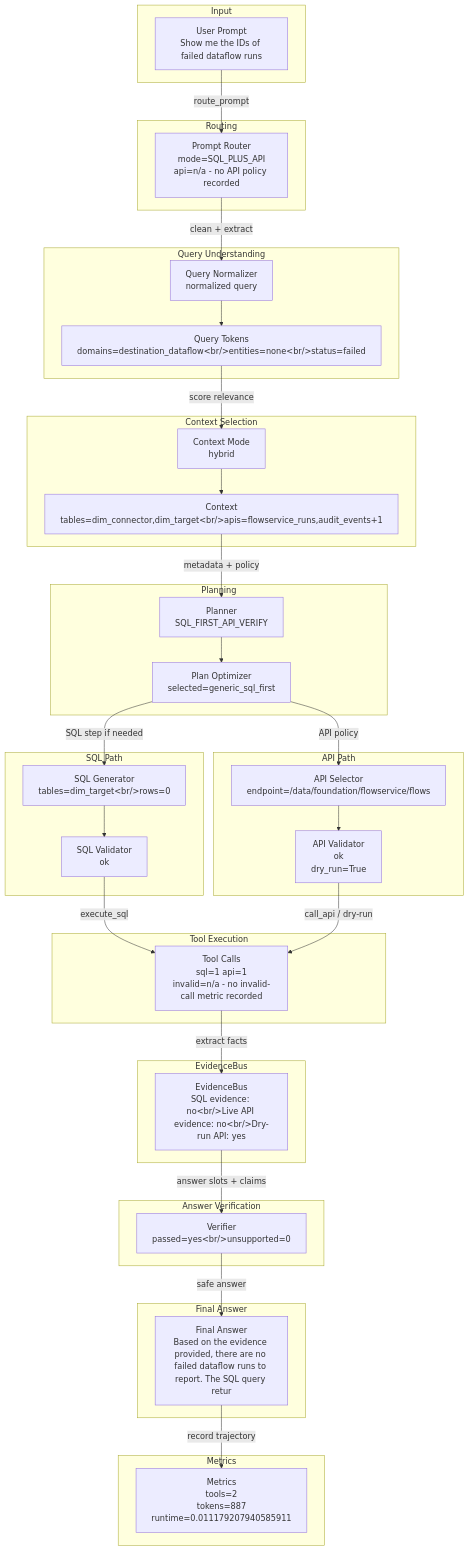
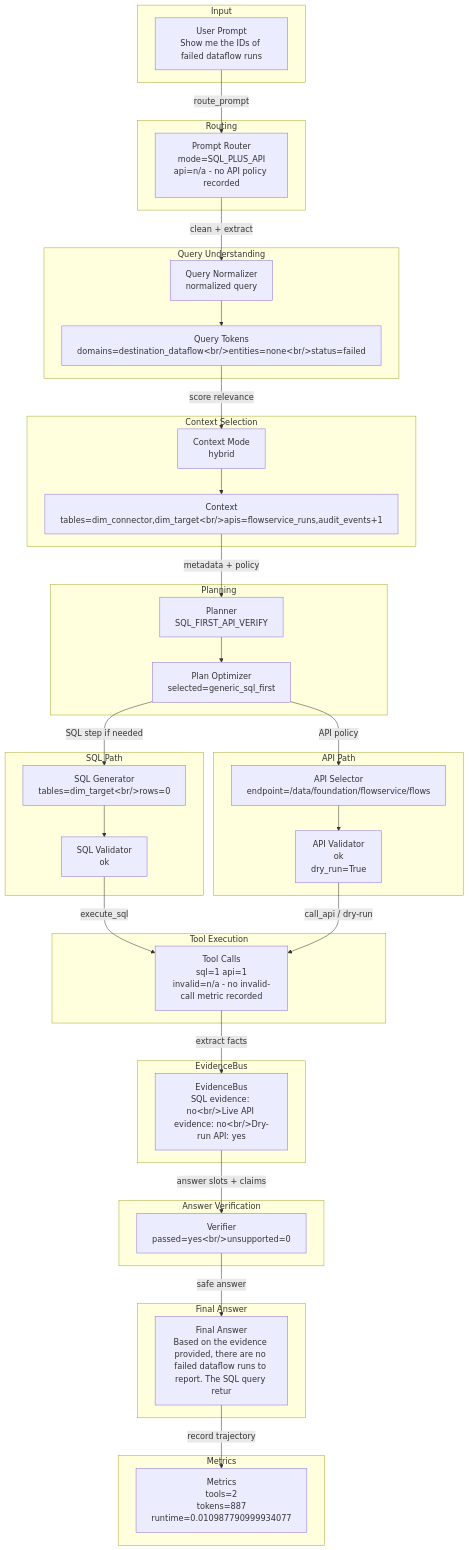
The diagram in outputs/visualizations/example_004/sql_first_api_verify/dataflow.md (dashsys-workshop-vldb/dashsys-workshop-vldb.github.io), drawn with Mermaid before and after one commit. The commit also changed other lines of this file and 322 other files, not shown here.

Commit message:
Add shadow repair risk diagnostics and schema voting

````diff
--- a/outputs/visualizations/example_004/sql_first_api_verify/dataflow.md
+++ b/outputs/visualizations/example_004/sql_first_api_verify/dataflow.md
@@ -19,56 +19,56 @@
 ```mermaid
 flowchart TD
   subgraph Input
     input_prompt["User Prompt<br/>Show me the IDs of failed dataflow runs"]
   end
   subgraph Routing
     router["Prompt Router<br/>mode=SQL_PLUS_API<br/>api=n/a - no API policy recorded"]
     input_prompt -->|route_prompt| router
   end
   subgraph QueryUnderstanding["Query Understanding"]
     normalizer["Query Normalizer<br/>normalized query"]
     tokens["Query Tokens<br/>domains=destination_dataflow&lt;br/&gt;entities=none&lt;br/&gt;status=failed"]
     router -->|clean + extract| normalizer --> tokens
   end
   subgraph ContextSelection["Context Selection"]
     context["Context Mode<br/>hybrid"]
     candidates["Context<br/>tables=dim_connector,dim_target&lt;br/&gt;apis=flowservice_runs,audit_events+1"]
     tokens -->|score relevance| context --> candidates
   end
   subgraph Planning
     planner["Planner<br/>SQL_FIRST_API_VERIFY"]
     optimizer["Plan Optimizer<br/>selected=generic_sql_first"]
     candidates -->|metadata + policy| planner --> optimizer
   end
   subgraph SQLPath["SQL Path"]
     sqlgen["SQL Generator<br/>tables=dim_target&lt;br/&gt;rows=0"]
     sqlval["SQL Validator<br/>ok"]
     optimizer -->|SQL step if needed| sqlgen --> sqlval
   end
   subgraph APIPath["API Path"]
     apisel["API Selector<br/>endpoint=/data/foundation/flowservice/flows"]
     apival["API Validator<br/>ok<br/>dry_run=True"]
     optimizer -->|API policy| apisel --> apival
   end
   subgraph ToolExecution["Tool Execution"]
     tools["Tool Calls<br/>sql=1 api=1<br/>invalid=n/a - no invalid-call metric recorded"]
     sqlval -->|execute_sql| tools
     apival -->|call_api / dry-run| tools
   end
   subgraph EvidenceBus
     evidence["EvidenceBus<br/>SQL evidence: no&lt;br/&gt;Live API evidence: no&lt;br/&gt;Dry-run API: yes"]
     tools -->|extract facts| evidence
   end
   subgraph AnswerVerification["Answer Verification"]
     verifier["Verifier<br/>passed=yes&lt;br/&gt;unsupported=0"]
     evidence -->|answer slots + claims| verifier
   end
   subgraph FinalAnswer["Final Answer"]
     answer["Final Answer<br/>Based on the evidence provided, there are no failed dataflow runs to report. The SQL query retur"]
     verifier -->|safe answer| answer
   end
   subgraph Metrics
-    metrics["Metrics<br/>tools=2<br/>tokens=887<br/>runtime=0.011179207940585911"]
+    metrics["Metrics<br/>tools=2<br/>tokens=887<br/>runtime=0.010987790999934077"]
     answer -->|record trajectory| metrics
   end
 ```
````
